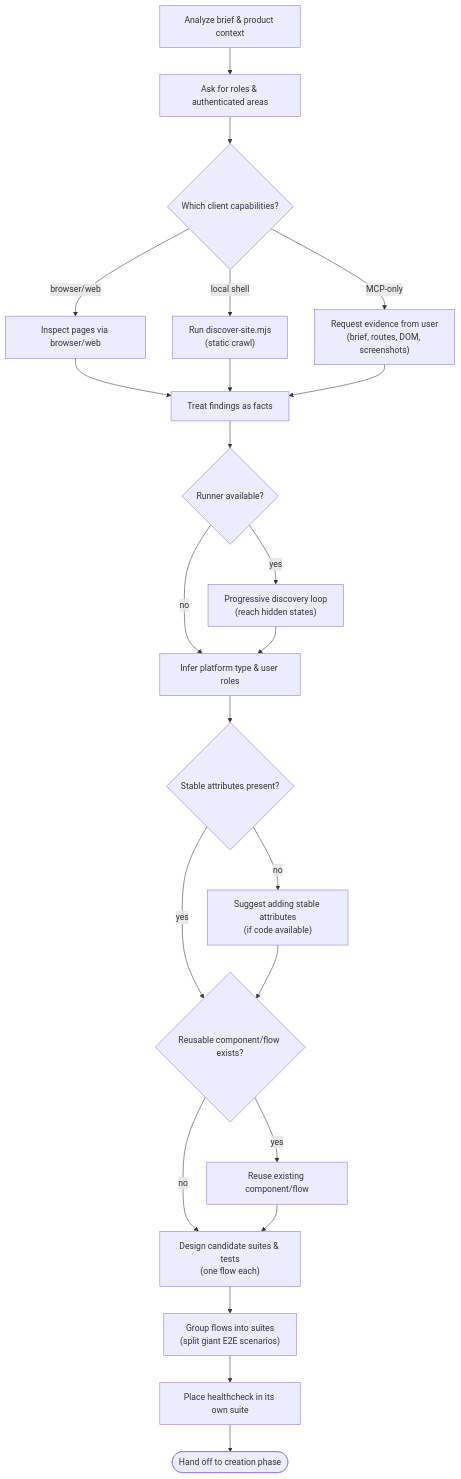
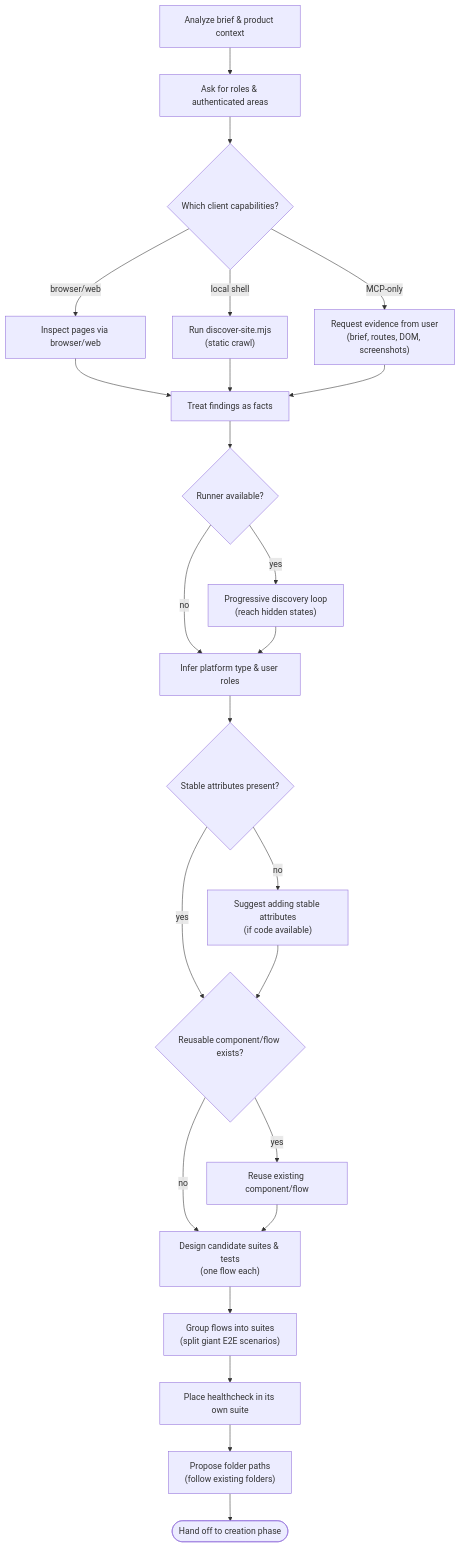
The first of 2 diagrams in skills/bugbug-tests-planning/SKILL.md (bugbug-io/agent-plugin), drawn with Mermaid before and after one commit. The commit also changed other lines of this file and 17 other files, not shown here.

````diff
--- a/skills/bugbug-tests-planning/SKILL.md
+++ b/skills/bugbug-tests-planning/SKILL.md
@@ -79,25 +80,26 @@
 ```mermaid
 flowchart TD
     A["Analyze brief & product context"] --> B["Ask for roles & authenticated areas"]
     B --> C{"Which client capabilities?"}
     C -->|browser/web| D["Inspect pages via browser/web"]
     C -->|local shell| E["Run discover-site.mjs<br>(static crawl)"]
     C -->|MCP-only| F["Request evidence from user<br>(brief, routes, DOM, screenshots)"]
     D --> G["Treat findings as facts"]
     E --> G
     F --> G
     G --> H{"Runner available?"}
     H -->|yes| I["Progressive discovery loop<br>(reach hidden states)"]
     H -->|no| J["Infer platform type & user roles"]
     I --> J
     J --> K{"Stable attributes present?"}
     K -->|no| L["Suggest adding stable attributes<br>(if code available)"]
     K -->|yes| M{"Reusable component/flow exists?"}
     L --> M
     M -->|yes| N["Reuse existing component/flow"]
     M -->|no| O["Design candidate suites & tests<br>(one flow each)"]
     N --> O
     O --> P["Group flows into suites<br>(split giant E2E scenarios)"]
     P --> Q["Place healthcheck in its own suite"]
-    Q --> R(["Hand off to creation phase"])
+    Q --> Q2["Propose folder paths<br>(follow existing folders)"]
+    Q2 --> R(["Hand off to creation phase"])
 ```
````
